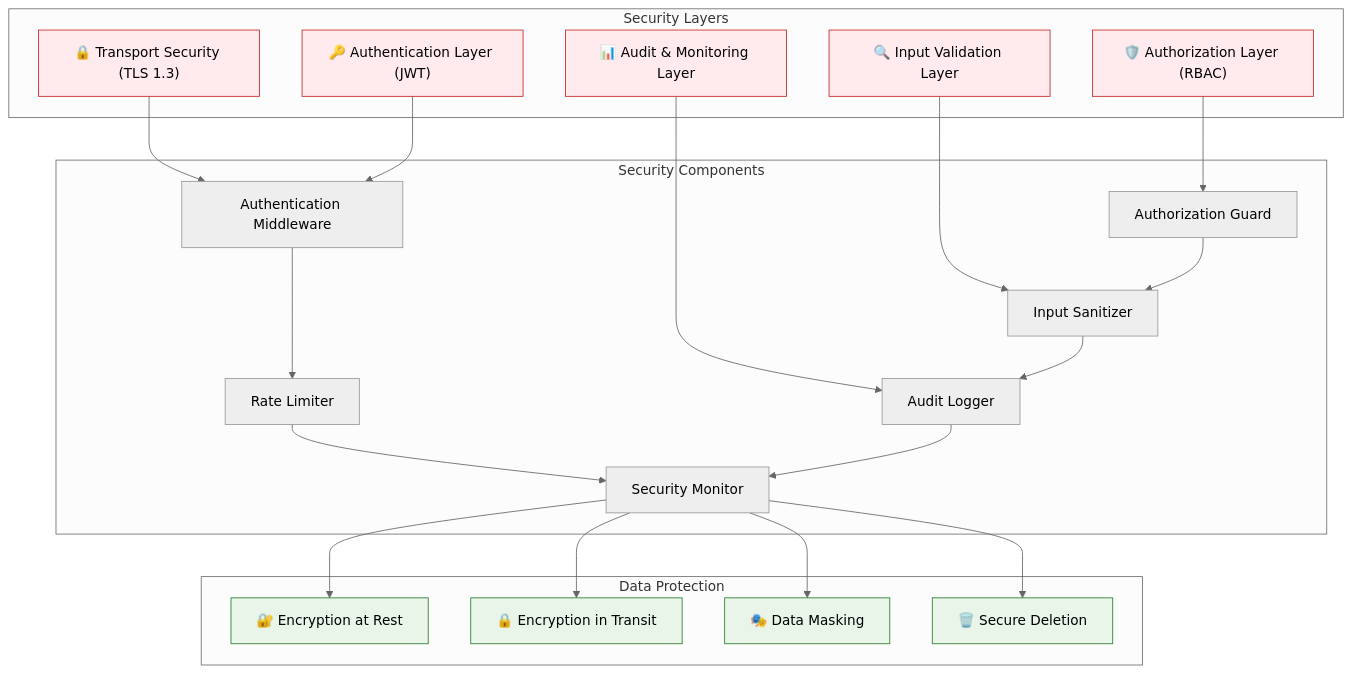
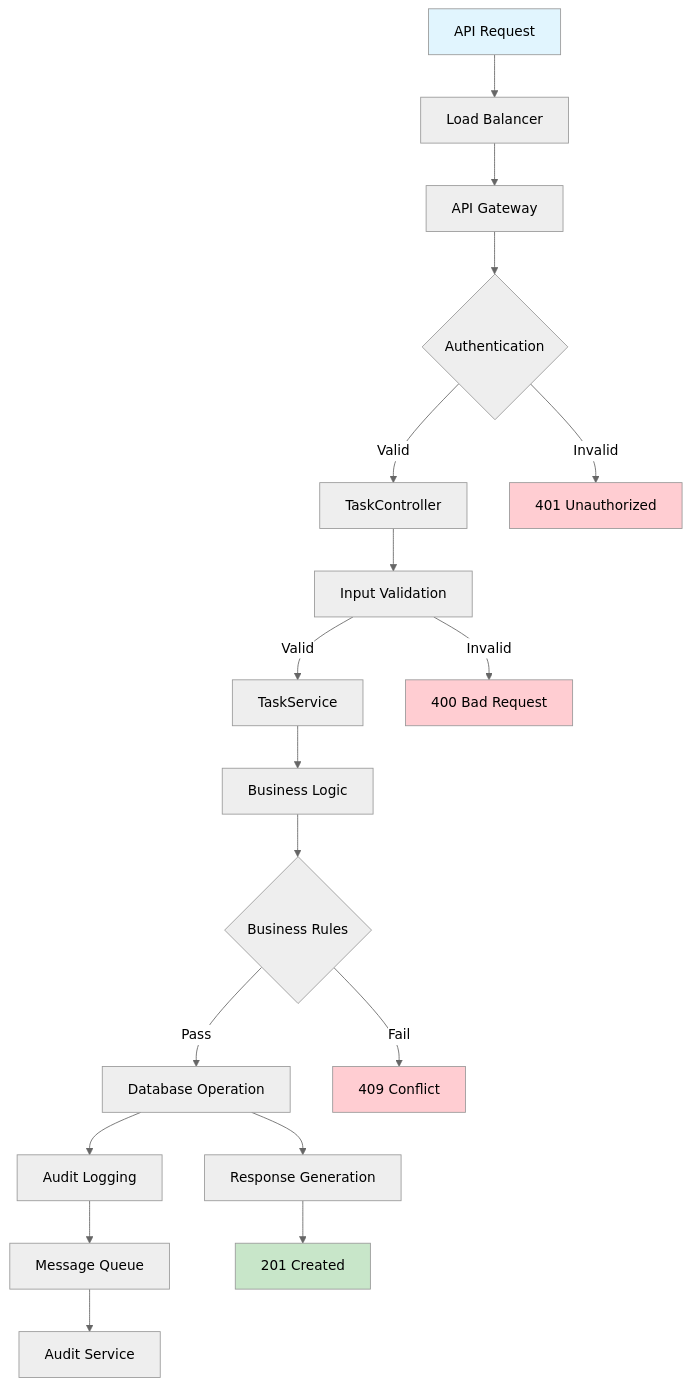
The fourth of 6 diagrams in API Development/Components and Sequence Diagrams/component_diagram.md (ThapaswiASC/SCIB-INCEPTION-PHASE-DEMO), drawn with Mermaid (neutral theme) before and after one commit. The commit also changed other lines of this file and 1 other file, not shown here.

````diff
--- a/API Development/Components and Sequence Diagrams/component_diagram.md
+++ b/API Development/Components and Sequence Diagrams/component_diagram.md
@@ -490,49 +183,33 @@
 ```mermaid
-flowchart TB
-    subgraph "Security Layers"
-        A["🔒 Transport Security (TLS 1.3)"]
-        B["🔑 Authentication Layer (JWT)"]
-        C["🛡️ Authorization Layer (RBAC)"]
-        D["🔍 Input Validation Layer"]
-        E["📊 Audit & Monitoring Layer"]
-    end
+flowchart TD
+    A[API Request] --> B[Load Balancer]
+    B --> C[API Gateway]
+    C --> D{Authentication}
     
-    subgraph "Security Components"
-        F[Authentication Middleware]
-        G[Authorization Guard]
-        H[Input Sanitizer]
-        I[Rate Limiter]
-        J[Audit Logger]
-        K[Security Monitor]
-    end
+    D -->|Valid| E[TaskController]
+    D -->|Invalid| F[401 Unauthorized]
     
-    subgraph "Data Protection"
-        L["🔐 Encryption at Rest"]
-        M["🔒 Encryption in Transit"]
-        N["🎭 Data Masking"]
-        O["🗑️ Secure Deletion"]
-    end
+    E --> G[Input Validation]
+    G -->|Valid| H[TaskService]
+    G -->|Invalid| I[400 Bad Request]
     
-    A --> F
-    B --> F
-    C --> G
-    D --> H
-    E --> J
+    H --> J[Business Logic]
+    J --> K{Business Rules}
     
-    F --> I
-    G --> H
-    H --> J
-    I --> K
-    J --> K
+    K -->|Pass| L[Database Operation]
+    K -->|Fail| M[409 Conflict]
     
-    K --> L
-    K --> M
-    K --> N
-    K --> O
+    L --> N[Audit Logging]
+    L --> O[Response Generation]
     
-    classDef security fill:#ffebee,stroke:#c62828
-    classDef protection fill:#e8f5e8,stroke:#2e7d32
+    N --> P[Message Queue]
+    P --> Q[Audit Service]
     
-    class A,B,C,D,E security
-    class L,M,N,O protection
+    O --> R[201 Created]
+    
+    style A fill:#e1f5fe
+    style R fill:#c8e6c9
+    style F fill:#ffcdd2
+    style I fill:#ffcdd2
+    style M fill:#ffcdd2
 ```
````
